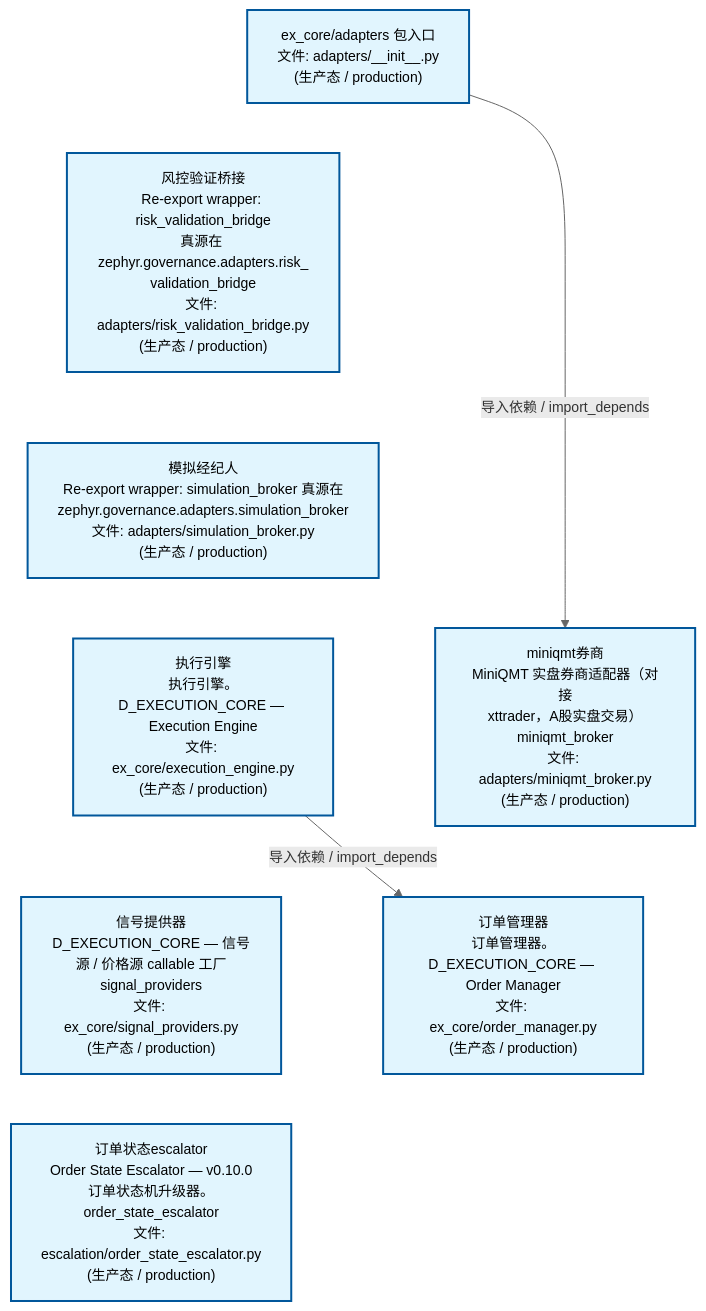
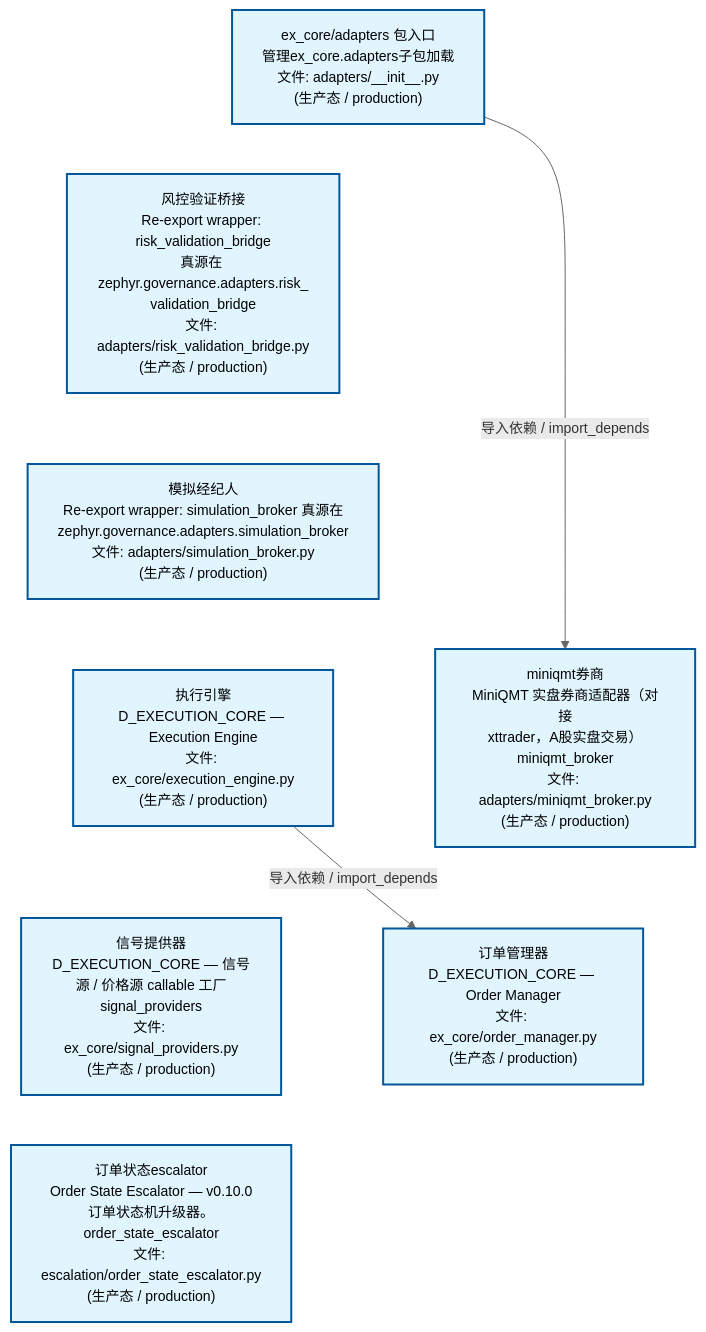
Before and after one commit to xuanFelixVan/ZephyrAlpha: the second of 4 diagrams in docs/02_enterprise_architecture/02_domain_architecture_docs/44_d_ex_core.md, drawn with Mermaid. The commit also changed other lines of this file and 61 other files, not shown here.

````diff
--- a/docs/02_enterprise_architecture/02_domain_architecture_docs/44_d_ex_core.md
+++ b/docs/02_enterprise_architecture/02_domain_architecture_docs/44_d_ex_core.md
@@ -169,25 +169,25 @@
 ```mermaid
 %%{init: {'theme': 'base', 'themeVariables': {'primaryColor': '#eaeaea', 'primaryTextColor': '#333333', 'primaryBorderColor': '#666666', 'lineColor': '#666666', 'secondaryColor': '#eaeaea', 'tertiaryColor': '#eaeaea', 'fontSize': '14px'}}}%%
 flowchart TD
-    src_zephyr_ex_core_adapters_init_py["ex_core/adapters 包入口<br/>文件: adapters/__init__.py<br/>(生产态 / production)"]
+    src_zephyr_ex_core_adapters_init_py["ex_core/adapters 包入口<br/>管理ex_core.adapters子包加载<br/>文件: adapters/__init__.py<br/>(生产态 / production)"]
     src_zephyr_ex_core_adapters_risk_validation_bridge_py["风控验证桥接<br/>Re-export wrapper: risk_validation_bridge<br/>真源在 zephyr.governance.adapters.risk_<br/>validation_bridge<br/>文件: adapters/risk_validation_bridge.py<br/>(生产态 / production)"]
     src_zephyr_ex_core_adapters_simulation_broker_py["模拟经纪人<br/>Re-export wrapper: simulation_broker 真源在<br/>zephyr.governance.adapters.simulation_broker<br/>文件: adapters/simulation_broker.py<br/>(生产态 / production)"]
-    src_zephyr_ex_core_execution_engine_py["执行引擎<br/>执行引擎。D_EXECUTION_CORE — Execution Engine<br/>文件: ex_core/execution_engine.py<br/>(生产态 / production)"]
+    src_zephyr_ex_core_execution_engine_py["执行引擎<br/>D_EXECUTION_CORE — Execution Engine<br/>文件: ex_core/execution_engine.py<br/>(生产态 / production)"]
     src_zephyr_ex_core_signal_providers_py["信号提供器<br/>D_EXECUTION_CORE — 信号源 / 价格源 callable 工厂<br/>signal_providers<br/>文件: ex_core/signal_providers.py<br/>(生产态 / production)"]
     src_zephyr_governance_escalation_order_state_escalator_py["订单状态escalator<br/>Order State Escalator — v0.10.0<br/>订单状态机升级器。<br/>order_state_escalator<br/>文件: escalation/order_state_escalator.py<br/>(生产态 / production)"]
     src_zephyr_ex_core_adapters_init_py ~~~ src_zephyr_ex_core_adapters_risk_validation_bridge_py
     src_zephyr_ex_core_adapters_risk_validation_bridge_py ~~~ src_zephyr_ex_core_adapters_simulation_broker_py
     src_zephyr_ex_core_adapters_simulation_broker_py ~~~ src_zephyr_ex_core_execution_engine_py
     src_zephyr_ex_core_execution_engine_py ~~~ src_zephyr_ex_core_signal_providers_py
     src_zephyr_ex_core_signal_providers_py ~~~ src_zephyr_governance_escalation_order_state_escalator_py
     src_zephyr_ex_core_adapters_miniqmt_broker_py["miniqmt券商<br/>MiniQMT 实盘券商适配器（对接<br/>xttrader，A股实盘交易）<br/>miniqmt_broker<br/>文件: adapters/miniqmt_broker.py<br/>(生产态 / production)"]
-    src_zephyr_ex_core_order_manager_py["订单管理器<br/>订单管理器。D_EXECUTION_CORE — Order Manager<br/>文件: ex_core/order_manager.py<br/>(生产态 / production)"]
+    src_zephyr_ex_core_order_manager_py["订单管理器<br/>D_EXECUTION_CORE — Order Manager<br/>文件: ex_core/order_manager.py<br/>(生产态 / production)"]
     src_zephyr_ex_core_adapters_miniqmt_broker_py ~~~ src_zephyr_ex_core_order_manager_py
     src_zephyr_ex_core_execution_engine_py -->|导入依赖 / import_depends| src_zephyr_ex_core_order_manager_py
     src_zephyr_ex_core_adapters_init_py -->|导入依赖 / import_depends| src_zephyr_ex_core_adapters_miniqmt_broker_py
     classDef production fill:#e1f5fe,stroke:#01579b,stroke-width:2px,color:#000
     classDef design fill:#fff3e0,stroke:#e65100,stroke-width:2px,color:#000,stroke-dasharray: 5 5
     classDef external_prod fill:#e8f4fd,stroke:#0277bd,stroke-width:1px,color:#000
     classDef external_design fill:#fff8e7,stroke:#ef6c00,stroke-width:1px,color:#000,stroke-dasharray: 5 5
     class src_zephyr_ex_core_adapters_init_py,src_zephyr_ex_core_adapters_miniqmt_broker_py,src_zephyr_ex_core_adapters_risk_validation_bridge_py,src_zephyr_ex_core_adapters_simulation_broker_py,src_zephyr_ex_core_execution_engine_py,src_zephyr_ex_core_order_manager_py,src_zephyr_ex_core_signal_providers_py,src_zephyr_governance_escalation_order_state_escalator_py production
 ```
````
